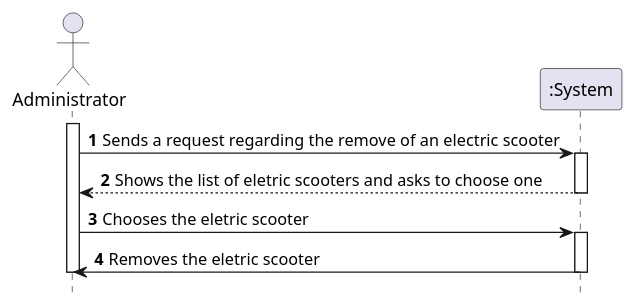
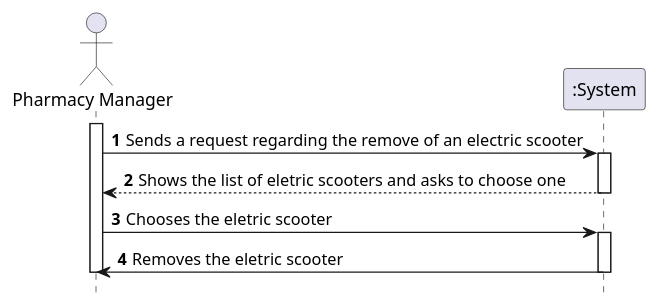
The diagram in docs/Iteration 1/Scooter Management/US22_RemoveScooter/US22_SSD.puml (tiagoavcosta25/LAPR3), drawn with PlantUML before and after one commit. The commit also changed 7 other files, not shown here.

```diff
--- a/docs/Iteration 1/Scooter Management/US22_RemoveScooter/US22_SSD.puml
+++ b/docs/Iteration 1/Scooter Management/US22_RemoveScooter/US22_SSD.puml
@@ -1,22 +1,22 @@
 @startuml
 autonumber
 hide footbox
 
-actor "Administrator" as ADMIN
+actor "Pharmacy Manager" as PHARMAN
 
 participant ":System" as SYST
 
-activate ADMIN
+activate PHARMAN
 
-ADMIN -> SYST : Sends a request regarding the remove of an electric scooter
+PHARMAN -> SYST : Sends a request regarding the remove of an electric scooter
 activate SYST
-SYST --> ADMIN : Shows the list of eletric scooters and asks to choose one
+SYST --> PHARMAN : Shows the list of eletric scooters and asks to choose one
 deactivate SYST
-ADMIN -> SYST : Chooses the eletric scooter
+PHARMAN -> SYST : Chooses the eletric scooter
 activate SYST
-SYST -> ADMIN : Removes the eletric scooter
+SYST -> PHARMAN : Removes the eletric scooter
 deactivate SYST
 
-deactivate ADMIN
+deactivate PHARMAN
 
 @enduml
```
